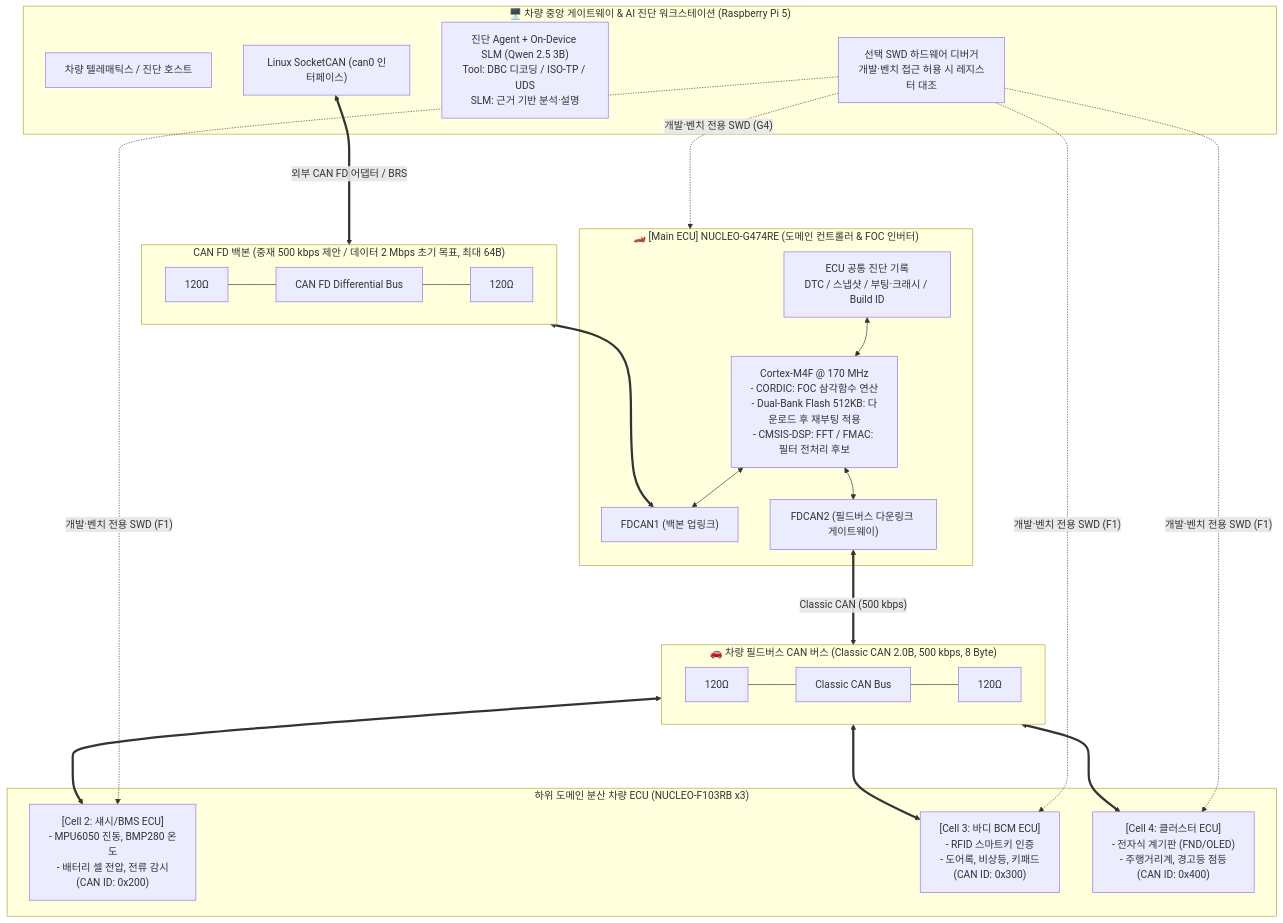
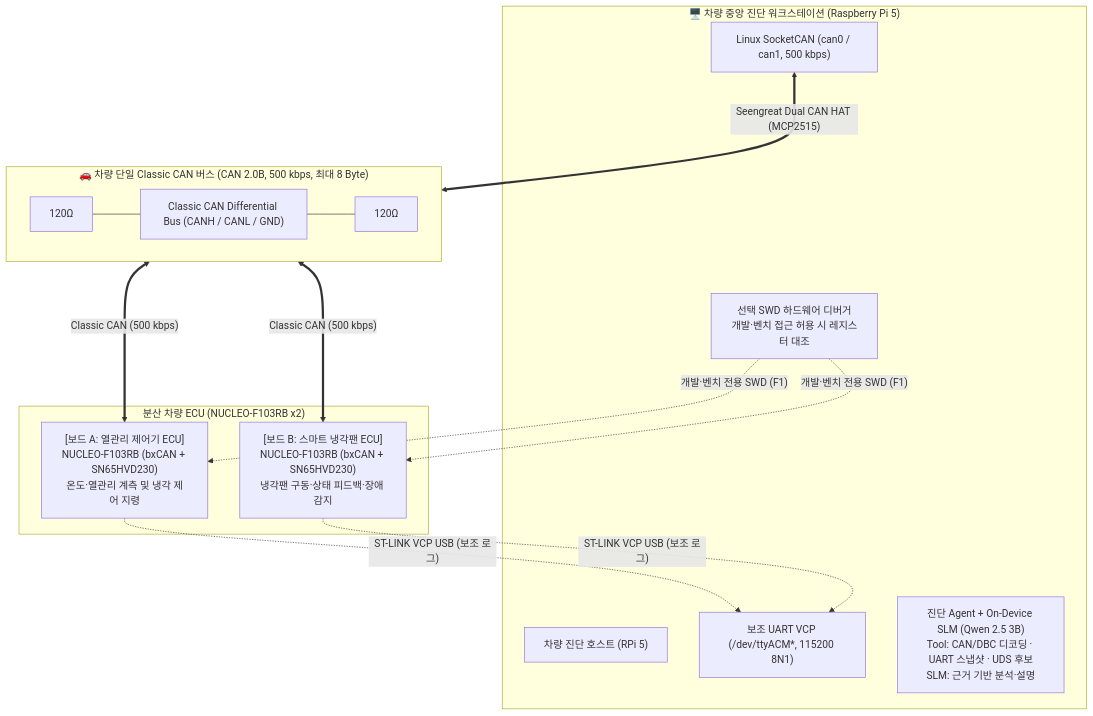
The first of 2 diagrams in docs/차량용_CAN_통신_도입_및_아키텍처_설계.md (ssafy16-embbedded21-team1-2/ssafy_embedded_pjt_setup), drawn with Mermaid before and after one commit. The commit also changed other lines of this file and 16 other files, not shown here.

````diff
--- a/docs/차량용_CAN_통신_도입_및_아키텍처_설계.md
+++ b/docs/차량용_CAN_통신_도입_및_아키텍처_설계.md
@@ -30,48 +28,30 @@
 ```mermaid
 flowchart TB
-    subgraph Gateway["🖥️ 차량 중앙 게이트웨이 & AI 진단 워크스테이션 (Raspberry Pi 5)"]
-        TCU["차량 텔레매틱스 / 진단 호스트"]
-        SOCKETCAN["Linux SocketCAN (can0 인터페이스)"]
-        AI_AGENT["진단 Agent + On-Device SLM (Qwen 2.5 3B)<br/>Tool: DBC 디코딩 / ISO-TP / UDS<br/>SLM: 근거 기반 분석·설명"]
+    subgraph Gateway["🖥️ 차량 중앙 진단 워크스테이션 (Raspberry Pi 5)"]
+        TCU["차량 진단 호스트 (RPi 5)"]
+        SOCKETCAN["Linux SocketCAN (can0 / can1, 500 kbps)"]
+        UART_AUX["보조 UART VCP (/dev/ttyACM*, 115200 8N1)"]
+        AI_AGENT["진단 Agent + On-Device SLM (Qwen 2.5 3B)<br/>Tool: CAN/DBC 디코딩 · UART 스냅샷 · UDS 후보<br/>SLM: 근거 기반 분석·설명"]
         SWD_DEBUG["선택 SWD 하드웨어 디버거<br/>개발·벤치 접근 허용 시 레지스터 대조"]
     end
 
-    subgraph CAN_FD_BACKBONE["CAN FD 백본 (중재 500 kbps 제안 / 데이터 2 Mbps 초기 목표, 최대 64B)"]
+    subgraph CAN_SUB_BUS["🚗 차량 단일 Classic CAN 버스 (CAN 2.0B, 500 kbps, 최대 8 Byte)"]
         direction LR
-        TERM_FD1["120Ω"] --- FD_LINE["CAN FD Differential Bus"] --- TERM_FD2["120Ω"]
+        TERM_C1["120Ω"] --- CAN_LINE["Classic CAN Differential Bus (CANH / CANL / GND)"] --- TERM_C2["120Ω"]
     end
 
-    subgraph MAIN_DCU["🏎️ [Main ECU] NUCLEO-G474RE (도메인 컨트롤러 & FOC 인버터)"]
-        G4_CORE["Cortex-M4F @ 170 MHz<br/>- CORDIC: FOC 삼각함수 연산<br/>- Dual-Bank Flash 512KB: 다운로드 후 재부팅 적용<br/>- CMSIS-DSP: FFT / FMAC: 필터 전처리 후보"]
-        FDCAN_CH1["FDCAN1 (백본 업링크)"]
-        FDCAN_CH2["FDCAN2 (필드버스 다운링크 게이트웨이)"]
-        DIAG_RECORD["ECU 공통 진단 기록<br/>DTC / 스냅샷 / 부팅·크래시 / Build ID"]
-        DIAG_RECORD <--> G4_CORE
+    subgraph SUB_ECUS["분산 차량 ECU (NUCLEO-F103RB x2)"]
+        ECU_A["[보드 A: 열관리 제어기 ECU]<br/>NUCLEO-F103RB (bxCAN + SN65HVD230)<br/>온도·열관리 계측 및 냉각 제어 지령"]
+        ECU_B["[보드 B: 스마트 냉각팬 ECU]<br/>NUCLEO-F103RB (bxCAN + SN65HVD230)<br/>냉각팬 구동·상태 피드백·장애 감지"]
     end
 
-    subgraph CAN_SUB_BUS["🚗 차량 필드버스 CAN 버스 (Classic CAN 2.0B, 500 kbps, 8 Byte)"]
-        direction LR
-        TERM_C1["120Ω"] --- CAN_LINE["Classic CAN Bus"] --- TERM_C2["120Ω"]
-    end
+    SOCKETCAN <===>|"Seengreat Dual CAN HAT (MCP2515)"| CAN_SUB_BUS
+    CAN_SUB_BUS <===>|"Classic CAN (500 kbps)"| ECU_A
+    CAN_SUB_BUS <===>|"Classic CAN (500 kbps)"| ECU_B
 
-    subgraph SUB_ECUS["하위 도메인 분산 차량 ECU (NUCLEO-F103RB x3)"]
-        ECU2["[Cell 2: 섀시/BMS ECU]<br/>- MPU6050 진동, BMP280 온도<br/>- 배터리 셀 전압, 전류 감시<br/>(CAN ID: 0x200)"]
-        ECU3["[Cell 3: 바디 BCM ECU]<br/>- RFID 스마트키 인증<br/>- 도어록, 비상등, 키패드<br/>(CAN ID: 0x300)"]
-        ECU4["[Cell 4: 클러스터 ECU]<br/>- 전자식 계기판 (FND/OLED)<br/>- 주행거리계, 경고등 점등<br/>(CAN ID: 0x400)"]
-    end
+    ECU_A -.->|"ST-LINK VCP USB (보조 로그)"| UART_AUX
+    ECU_B -.->|"ST-LINK VCP USB (보조 로그)"| UART_AUX
 
-    SOCKETCAN <===>|"외부 CAN FD 어댑터 / BRS"| CAN_FD_BACKBONE
-    CAN_FD_BACKBONE <===> FDCAN_CH1
-    G4_CORE <--> FDCAN_CH1
-    G4_CORE <--> FDCAN_CH2
-    FDCAN_CH2 <===>|"Classic CAN (500 kbps)"| CAN_SUB_BUS
-
-    CAN_SUB_BUS <===> ECU2
-    CAN_SUB_BUS <===> ECU3
-    CAN_SUB_BUS <===> ECU4
-
-    SWD_DEBUG -.->|"개발·벤치 전용 SWD (G4)"| MAIN_DCU
-    SWD_DEBUG -.->|"개발·벤치 전용 SWD (F1)"| ECU2
-    SWD_DEBUG -.->|"개발·벤치 전용 SWD (F1)"| ECU3
-    SWD_DEBUG -.->|"개발·벤치 전용 SWD (F1)"| ECU4
+    SWD_DEBUG -.->|"개발·벤치 전용 SWD (F1)"| ECU_A
+    SWD_DEBUG -.->|"개발·벤치 전용 SWD (F1)"| ECU_B
 ```
````
